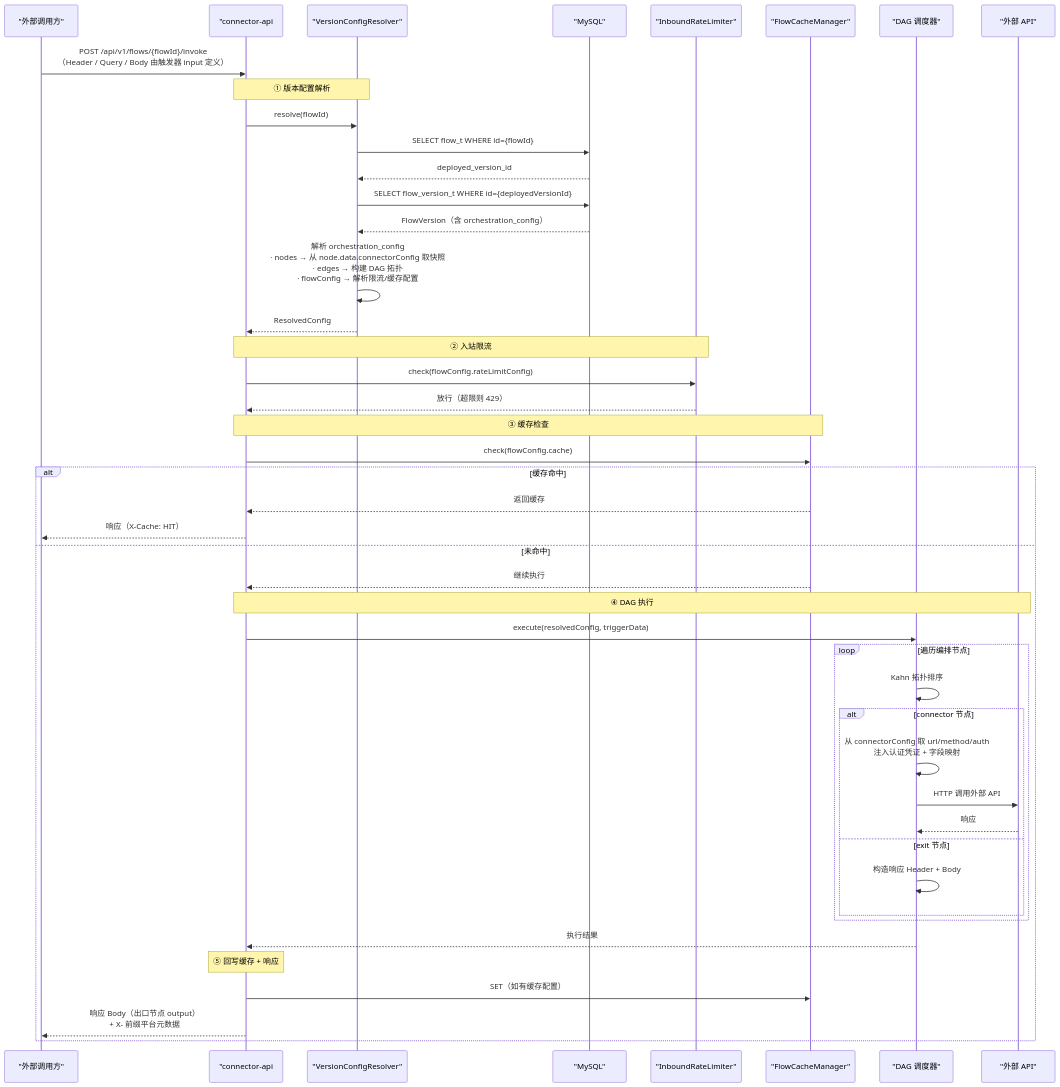
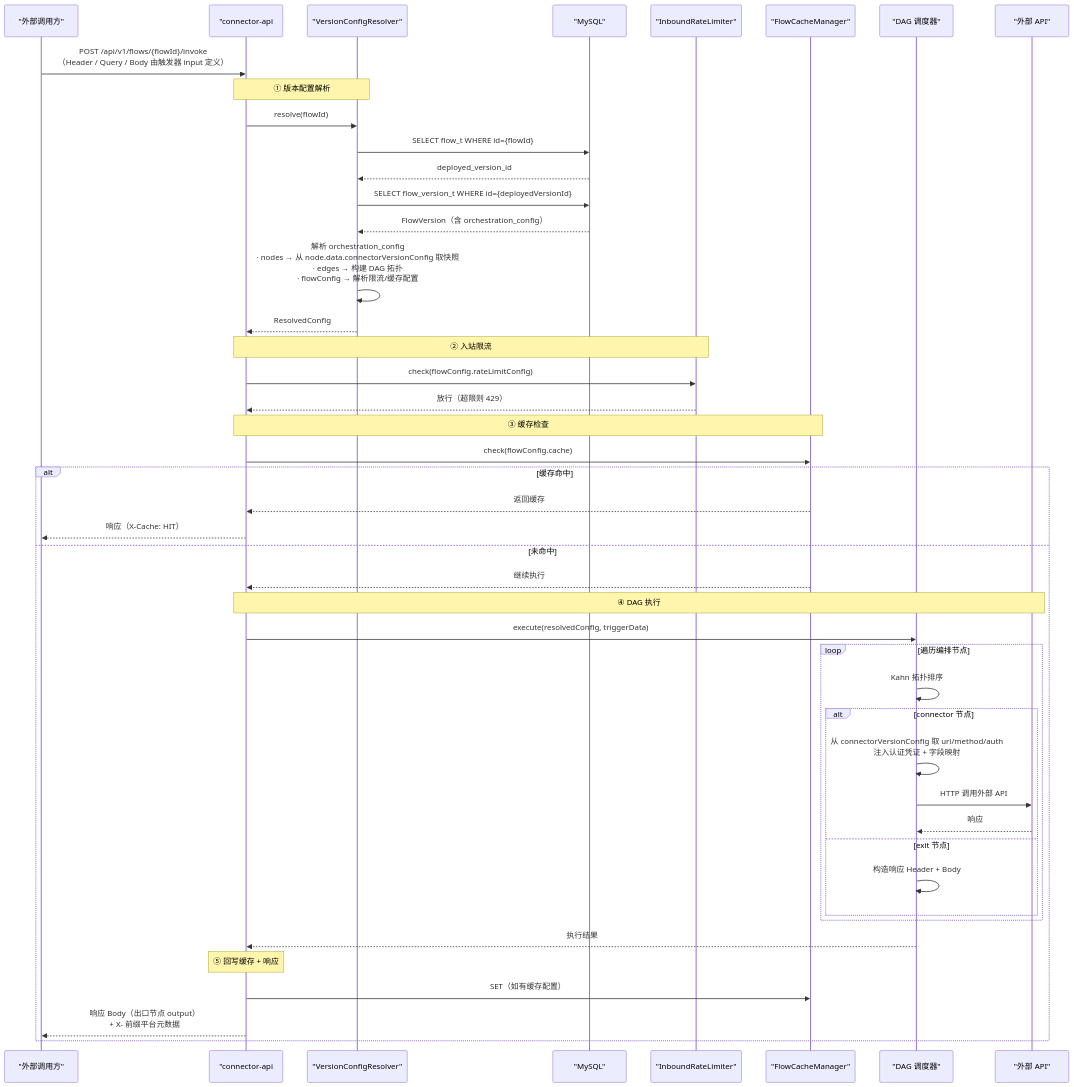
Before and after one commit to THZSummer/open-app: the third of 3 diagrams in .sddu/specs-tree-root/specs-tree-connector-platform-v3/plan-api.md, drawn with Mermaid. The commit also changed other lines of this file and 3 other files, not shown here.

First line of the commit message:
refactor: connectorConfig → connectorVersionConfig 语义更准确

````diff
--- a/.sddu/specs-tree-root/specs-tree-connector-platform-v3/plan-api.md
+++ b/.sddu/specs-tree-root/specs-tree-connector-platform-v3/plan-api.md
@@ -3586,53 +3586,53 @@
 ```mermaid
 sequenceDiagram
     participant EXT as "外部调用方"
     participant CA as "connector-api #54<br/>FlowRuntimeEngine"
     participant VCR as "VersionConfigResolver"
     participant DB as "MySQL"
     participant LIMITER as "InboundRateLimiter"
     participant CACHE as "FlowCacheManager"
     participant DAG as "DAG 调度器"
     participant CONN as "外部 API"
 
     EXT->>CA: POST /api/v1/flows/{flowId}/invoke<br/>（Header / Query / Body 由触发器 input 定义）
 
     Note over CA,VCR: ① 版本配置解析
     CA->>VCR: resolve(flowId)
     VCR->>DB: SELECT flow_t WHERE id={flowId}
     DB-->>VCR: deployed_version_id
     VCR->>DB: SELECT flow_version_t WHERE id={deployedVersionId}
     DB-->>VCR: FlowVersion（含 orchestration_config）
-    VCR->>VCR: 解析 orchestration_config<br/>· nodes → 从 node.data.connectorConfig 取快照<br/>· edges → 构建 DAG 拓扑<br/>· flowConfig → 解析限流/缓存配置
+    VCR->>VCR: 解析 orchestration_config<br/>· nodes → 从 node.data.connectorVersionConfig 取快照<br/>· edges → 构建 DAG 拓扑<br/>· flowConfig → 解析限流/缓存配置
     VCR-->>CA: ResolvedConfig
 
     Note over CA,LIMITER: ② 入站限流
     CA->>LIMITER: check(flowConfig.rateLimitConfig)
     LIMITER-->>CA: 放行（超限则 429）
 
     Note over CA,CACHE: ③ 缓存检查
     CA->>CACHE: check(flowConfig.cache)
     alt 缓存命中
         CACHE-->>CA: 返回缓存
         CA-->>EXT: 响应（X-Cache: HIT）
     else 未命中
         CACHE-->>CA: 继续执行
 
         Note over CA,CONN: ④ DAG 执行
         CA->>DAG: execute(resolvedConfig, triggerData)
         loop 遍历编排节点
             DAG->>DAG: Kahn 拓扑排序
             alt connector 节点
-                DAG->>DAG: 从 connectorConfig 取 url/method/auth<br/>注入认证凭证 + 字段映射
+                DAG->>DAG: 从 connectorVersionConfig 取 url/method/auth<br/>注入认证凭证 + 字段映射
                 DAG->>CONN: HTTP 调用外部 API
                 CONN-->>DAG: 响应
             else exit 节点
                 DAG->>DAG: 构造响应 Header + Body
             end
         end
         DAG-->>CA: 执行结果
 
         Note over CA: ⑤ 回写缓存 + 响应
         CA->>CACHE: SET（如有缓存配置）
         CA-->>EXT: 响应 Body（出口节点 output）<br/>+ X- 前缀平台元数据
     end
 ```
````
